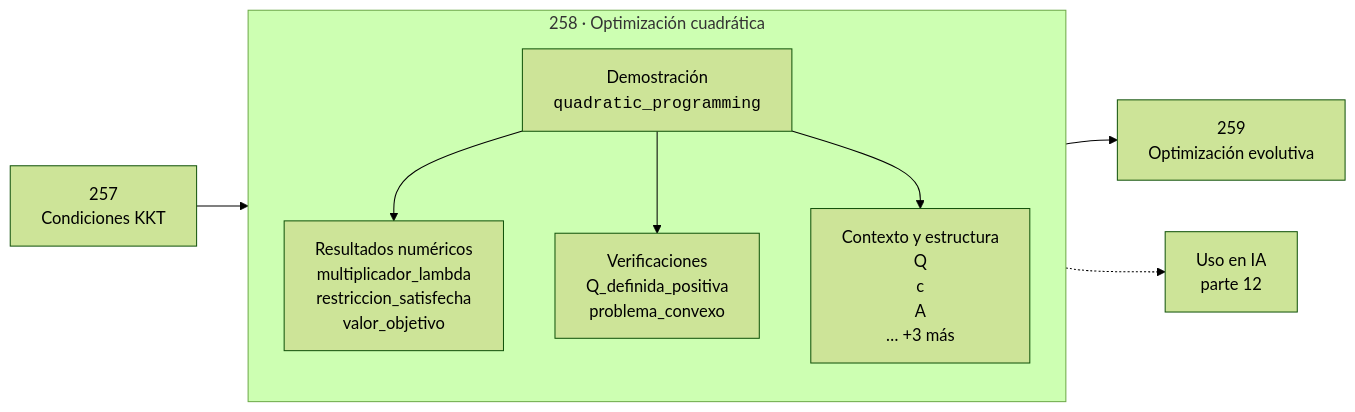
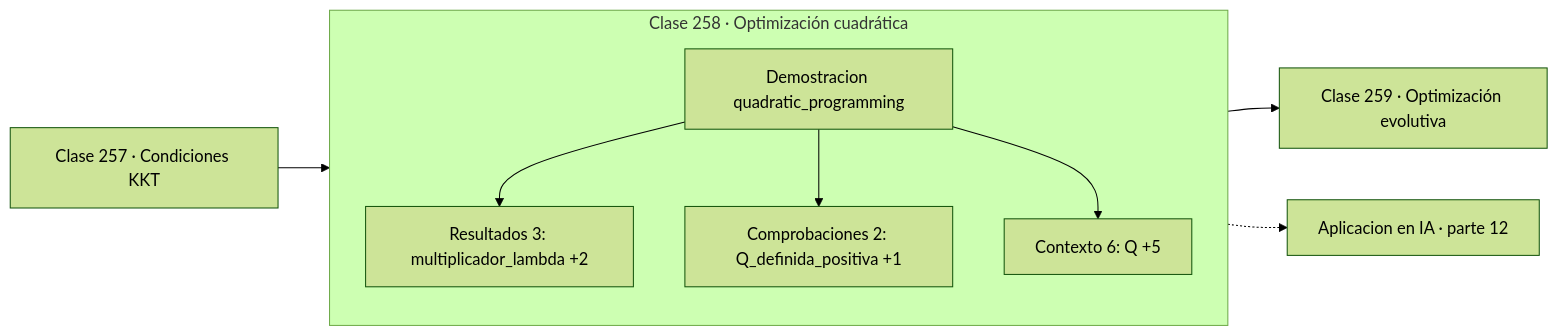
One commit to vladimiracunadev-create/computational-mathematics-program changed the diagram in classes/part-12-optimizacion-matematica-y-computacional/258-optimizacion-cuadratica/README.md. Above: the diagram before and after it, drawn with Mermaid (forest theme). The commit also changed 389 other files, not shown here.

First line of the commit message:
fix(diagramas): elimina el HTML de las etiquetas Mermaid

````diff
--- a/classes/part-12-optimizacion-matematica-y-computacional/258-optimizacion-cuadratica/README.md
+++ b/classes/part-12-optimizacion-matematica-y-computacional/258-optimizacion-cuadratica/README.md
@@ -30,12 +30,13 @@
 ```mermaid
 flowchart LR
-    P["257<br/>Condiciones KKT"] --> C
-    subgraph C["258 · Optimización cuadrática"]
+    P["Clase 257 · Condiciones KKT"] --> D
+    subgraph CLASE["Clase 258 · Optimización cuadrática"]
         direction TB
-        D["Demostración<br/><code>quadratic_programming</code>"] --> R["Resultados numéricos<br/>multiplicador_lambda<br/>restriccion_satisfecha<br/>valor_objetivo"]
-        D --> V["Verificaciones<br/>Q_definida_positiva<br/>problema_convexo"]
-        D --> O["Contexto y estructura<br/>Q<br/>c<br/>A<br/>… +3 más"]
+        D["Demostracion quadratic_programming"]
+        D --> R["Resultados 3: multiplicador_lambda +2"]
+        D --> V["Comprobaciones 2: Q_definida_positiva +1"]
+        D --> O["Contexto 6: Q +5"]
     end
-    C --> N["259<br/>Optimización evolutiva"]
-    C -.-> IA["Uso en IA<br/>parte 12"]
+    R --> N["Clase 259 · Optimización evolutiva"]
+    V -.-> IA["Aplicacion en IA · parte 12"]
 ```
````
